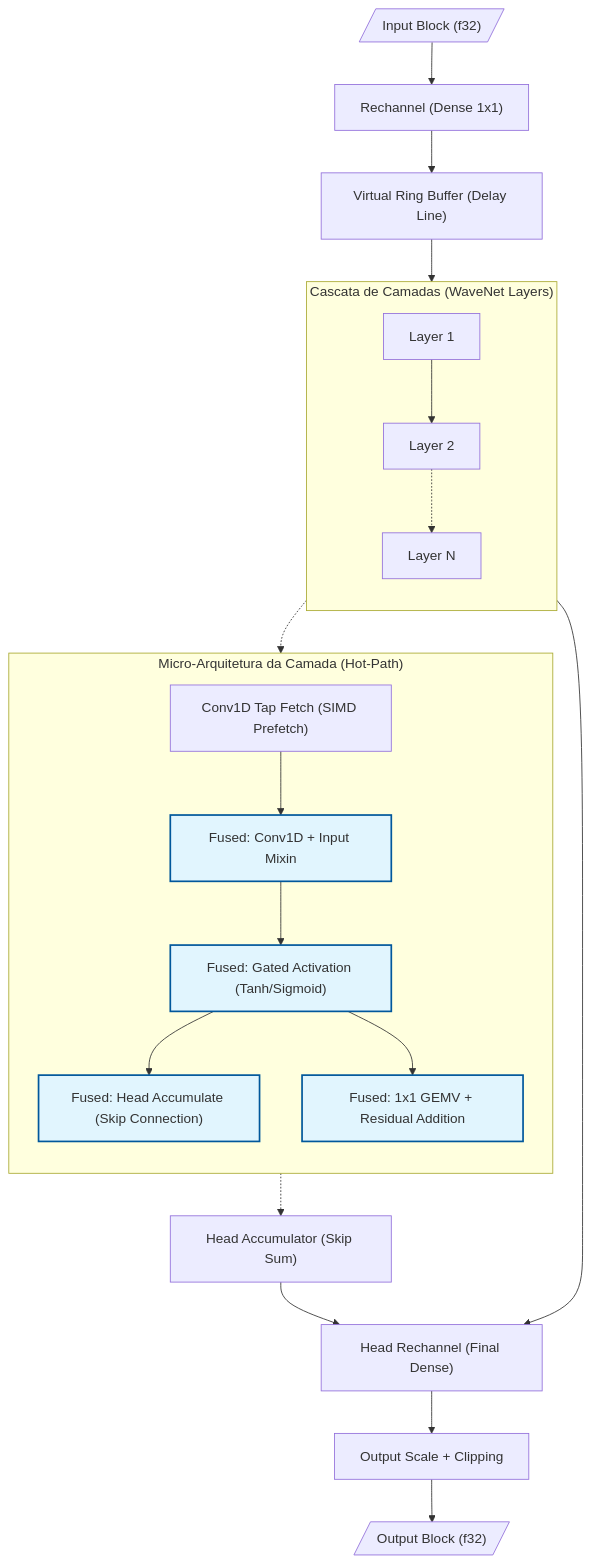
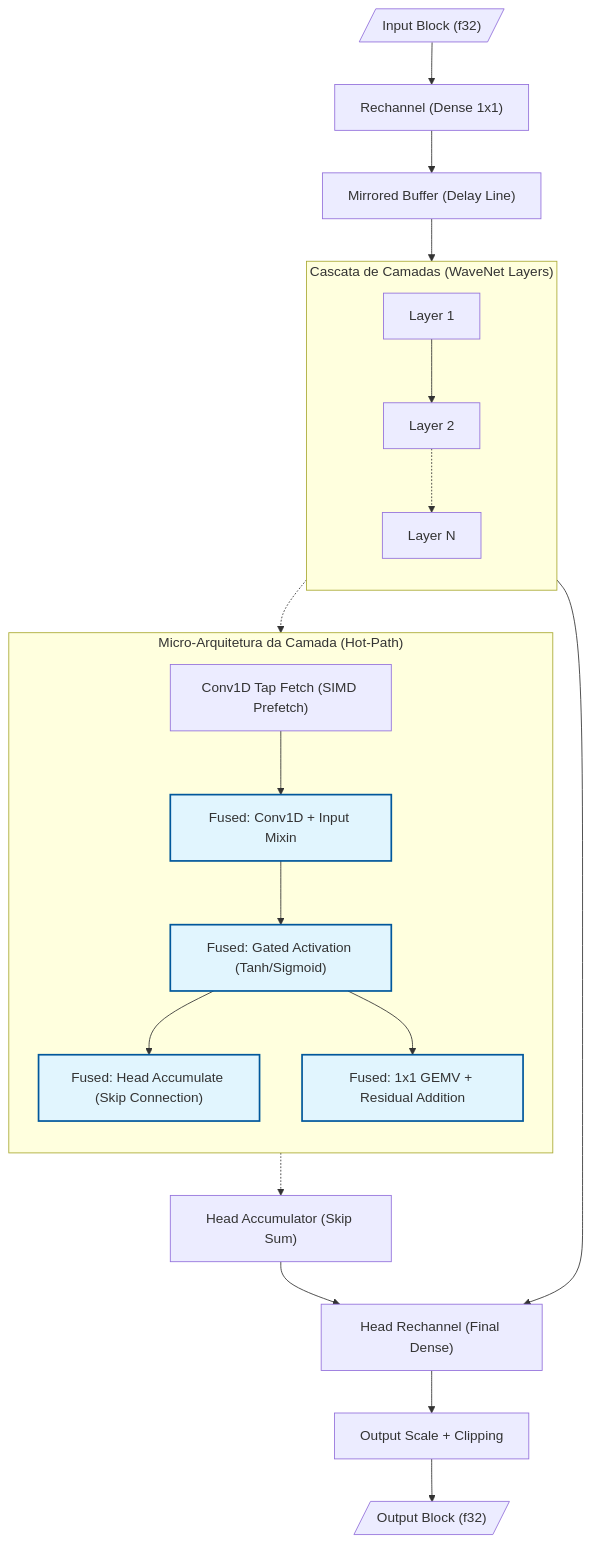
The first of 3 diagrams in docs/architecture.md (fabiohl/nam-rs), drawn with Mermaid before and after one commit. The commit also changed 9 other files, not shown here.

Commit message:
refact(dsp): [S1.T03] rename VirtualRingBuffer to MirroredBuffer and modules

````diff
--- a/docs/architecture.md
+++ b/docs/architecture.md
@@ -62,32 +62,32 @@
 ```mermaid
 graph TD
     In[/"Input Block (f32)"/] --> RC["Rechannel (Dense 1x1)"]
-    RC --> VRB["Virtual Ring Buffer (Delay Line)"]
+    RC --> MB["Mirrored Buffer (Delay Line)"]
 
     subgraph LayerCascade ["Cascata de Camadas (WaveNet Layers)"]
         direction TB
         L1["Layer 1"] --> L2["Layer 2"]
         L2 -.-> LN["Layer N"]
     end
 
-    VRB --> LayerCascade
+    MB --> LayerCascade
 
     subgraph Internal ["Micro-Arquitetura da Camada (Hot-Path)"]
         direction TB
         S1["Conv1D Tap Fetch (SIMD Prefetch)"] --> S2["Fused: Conv1D + Input Mixin"]
         S2 --> S3["Fused: Gated Activation (Tanh/Sigmoid)"]
         S3 --> S4["Fused: Head Accumulate (Skip Connection)"]
         S3 --> S5["Fused: 1x1 GEMV + Residual Addition"]
     end
 
     LayerCascade -.-> Internal
 
     LN --> HR["Head Rechannel (Final Dense)"]
     S4 -.-> HA["Head Accumulator (Skip Sum)"]
     HA --> HR
     HR --> SC["Output Scale + Clipping"]
     SC --> Out[/"Output Block (f32)"/]
 
     classDef fused fill:#e1f5fe,stroke:#01579b,stroke-width:2px;
     class S2,S3,S4,S5 fused;
 ```
````
